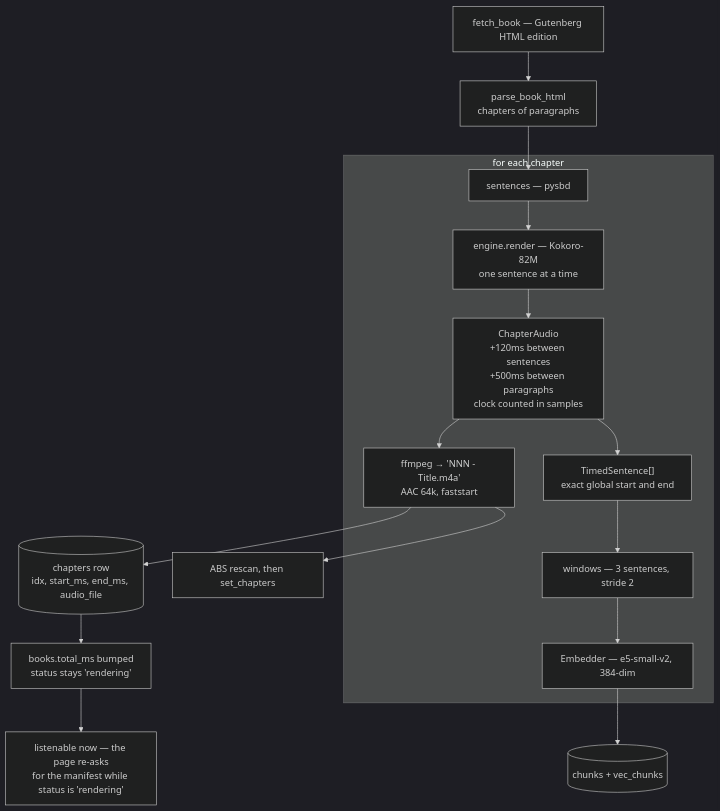
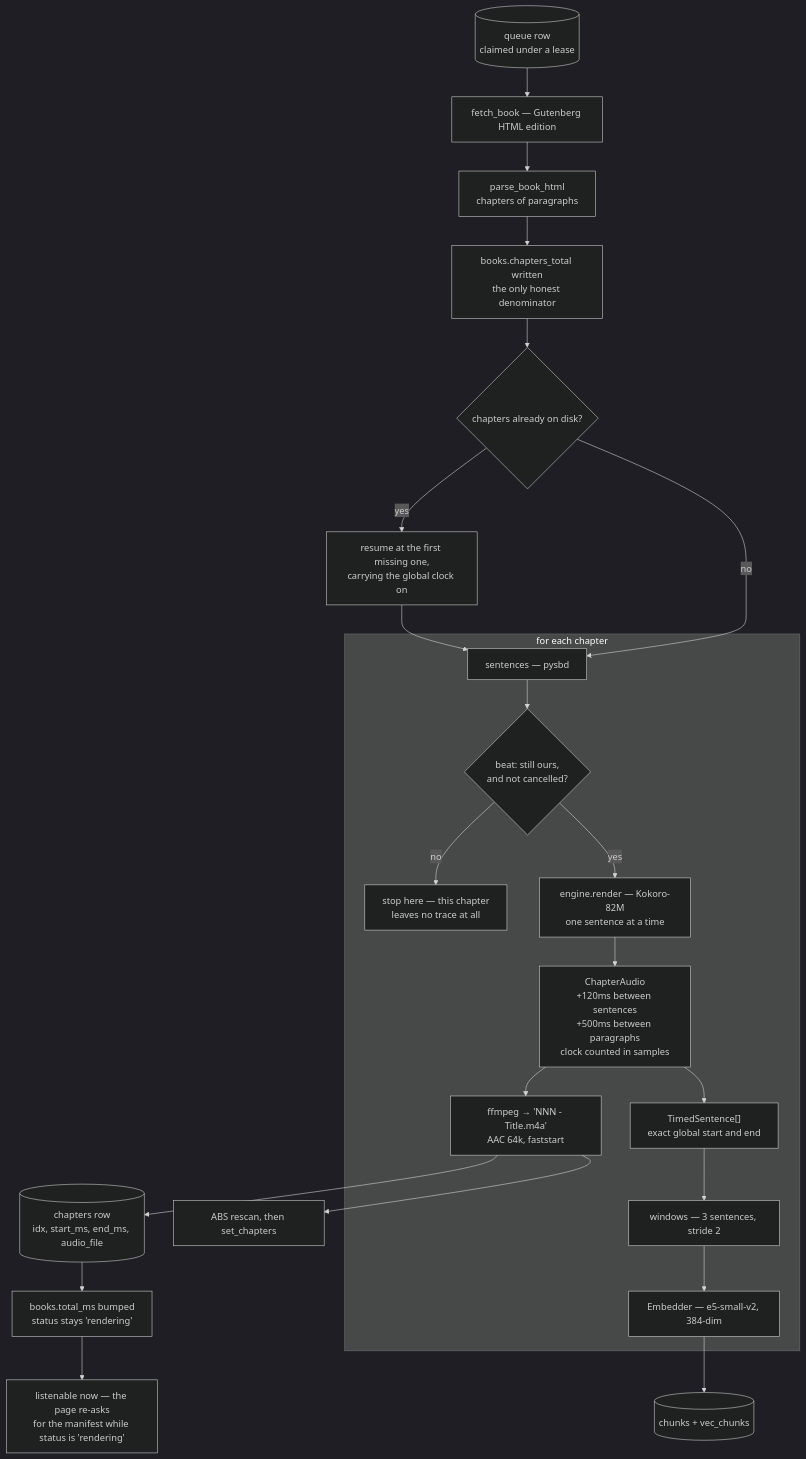
Before and after one commit to gilesknap/somnia: the second of 5 diagrams in docs/explanations/architecture.md, drawn with Mermaid (dark theme). The commit also changed other lines of this file and 7 other files, not shown here.

First line of the commit message:
Add books from the one screen, without giving it a second one

````diff
--- a/docs/explanations/architecture.md
+++ b/docs/explanations/architecture.md
@@ -89,20 +104,27 @@
 ```mermaid
 flowchart TD
+  Q[("queue row<br>claimed under a lease")] --> A
   A["fetch_book — Gutenberg HTML edition"] --> B["parse_book_html<br>chapters of paragraphs"]
-  B --> C
+  B --> T["books.chapters_total written<br>the only honest denominator"]
+  T --> R{"chapters already on disk?"}
+  R -->|"yes"| S["resume at the first missing one,<br>carrying the global clock on"]
+  R -->|"no"| C
+  S --> C
 
   subgraph loop["for each chapter"]
-    C["sentences — pysbd"] --> D["engine.render — Kokoro-82M<br>one sentence at a time"]
+    C["sentences — pysbd"] --> P{"beat: still ours,<br>and not cancelled?"}
+    P -->|"no"| X["stop here — this chapter<br>leaves no trace at all"]
+    P -->|"yes"| D["engine.render — Kokoro-82M<br>one sentence at a time"]
     D --> E["ChapterAudio<br>+120ms between sentences<br>+500ms between paragraphs<br>clock counted in samples"]
     E --> F["ffmpeg → 'NNN - Title.m4a'<br>AAC 64k, faststart"]
     E --> G["TimedSentence[]<br>exact global start and end"]
     G --> H["windows — 3 sentences, stride 2"]
     H --> I["Embedder — e5-small-v2, 384-dim"]
   end
 
   I --> J[("chunks + vec_chunks")]
   F --> K[("chapters row<br>idx, start_ms, end_ms, audio_file")]
   K --> L["books.total_ms bumped<br>status stays 'rendering'"]
   F --> M["ABS rescan, then set_chapters"]
   L --> N["listenable now — the page re-asks<br>for the manifest while status is 'rendering'"]
 ```
````
